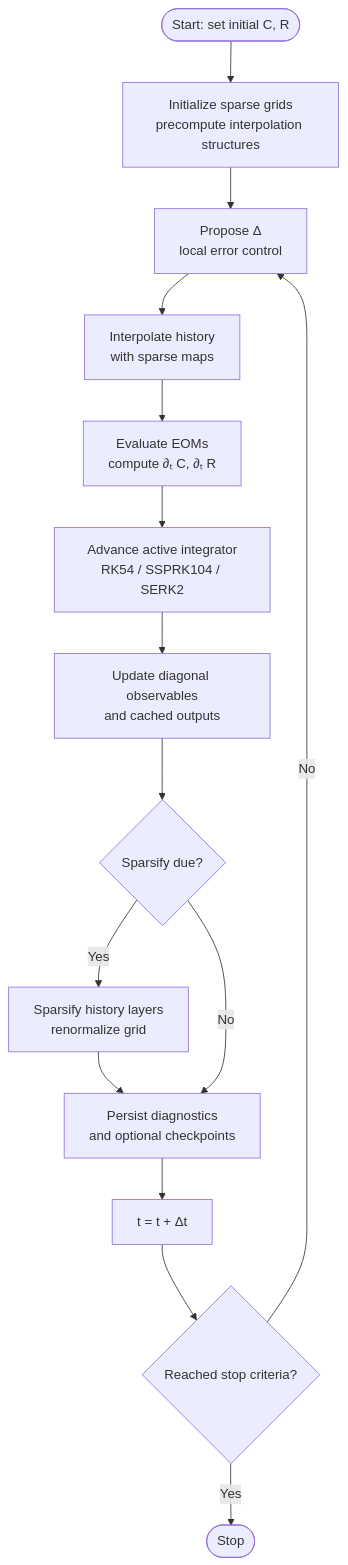
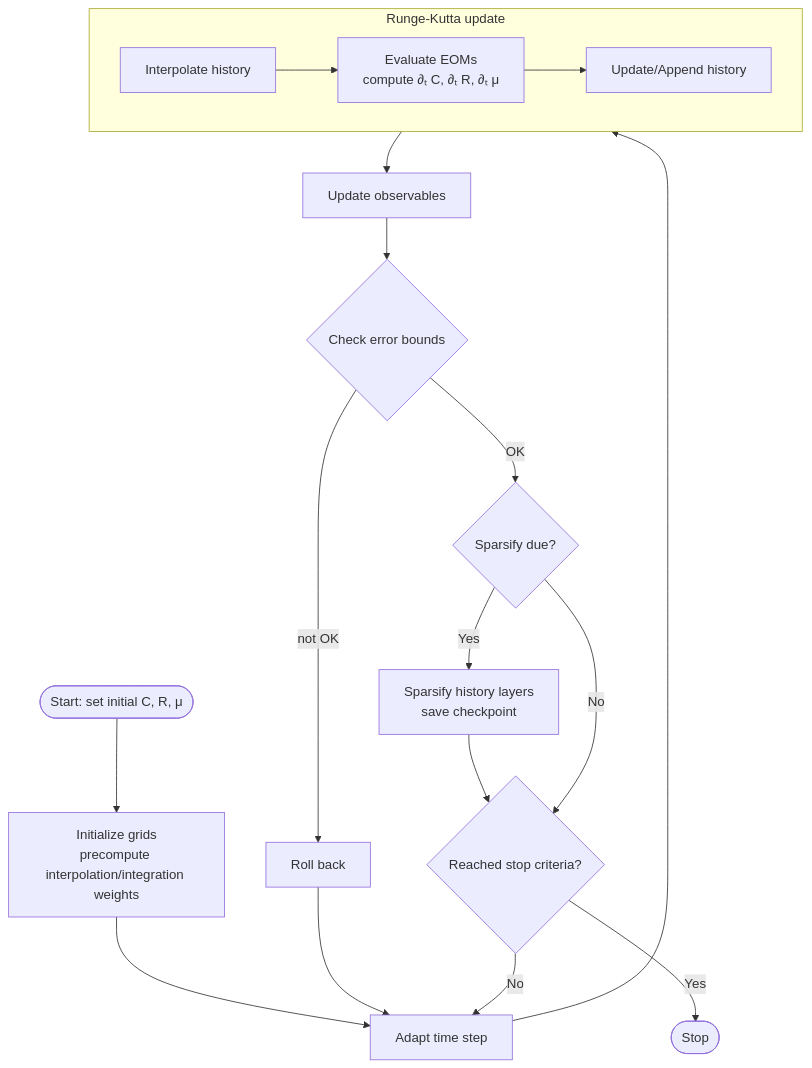
Before and after one commit to DMFT-evolution/DYNAMITE: the diagram in docs/concepts/algorithm.md, drawn with Mermaid. The commit also changed other lines of this file and 28 other files, not shown here.

````diff
--- a/docs/concepts/algorithm.md
+++ b/docs/concepts/algorithm.md
@@ -51,23 +51,29 @@
 ```mermaid
 flowchart TD
-  start([Start: set initial C, R])
-  init[Initialize sparse grids<br/>precompute interpolation structures]
-  propose[Propose Δ<br/>local error control]
-  interp[Interpolate history<br/>with sparse maps]
-  eoms[Evaluate EOMs<br/>compute ∂ₜ C, ∂ₜ R]
-  step[Advance active integrator<br/>RK54 / SSPRK104 / SERK2]
-  diag[Update diagonal observables<br/>and cached outputs]
+  start([Start: set initial C, R, μ])
+  init[Initialize grids<br/>precompute interpolation/integration weights]
+  propose[Adapt time step]
+  interp[Interpolate history]
+  eoms[Evaluate EOMs<br/>compute ∂ₜ C, ∂ₜ R, ∂ₜ μ]
+  step[Update/Append history]
+  check{Check error bounds}
+  back[Roll back]
+  diag[Update observables]
   sparsify_check{Sparsify due?}
-  sparsify[Sparsify history layers<br/>renormalize grid]
-  persist[Persist diagnostics<br/>and optional checkpoints]
-  advance[t = t + Δt]
+  sparsify[Sparsify history layers<br/>save checkpoint]
   continue_check{Reached stop criteria?}
   stop([Stop])
 
-  start --> init --> propose --> interp --> eoms --> step --> diag --> sparsify_check
-  sparsify_check -->|Yes| sparsify --> persist
-  sparsify_check -->|No| persist
-  persist --> advance --> continue_check
+  start --> init --> propose --> G1  
+  step --> diag --> check -->|OK| sparsify_check
+  check --> |not OK| back --> propose
+  sparsify_check -->|Yes| sparsify --> continue_check
+  sparsify_check -->|No| continue_check
   continue_check -->|No| propose
   continue_check -->|Yes| stop
+
+subgraph G1[Runge-Kutta update]
+  direction LR
+  interp --> eoms -->step
+end
 ```
````
